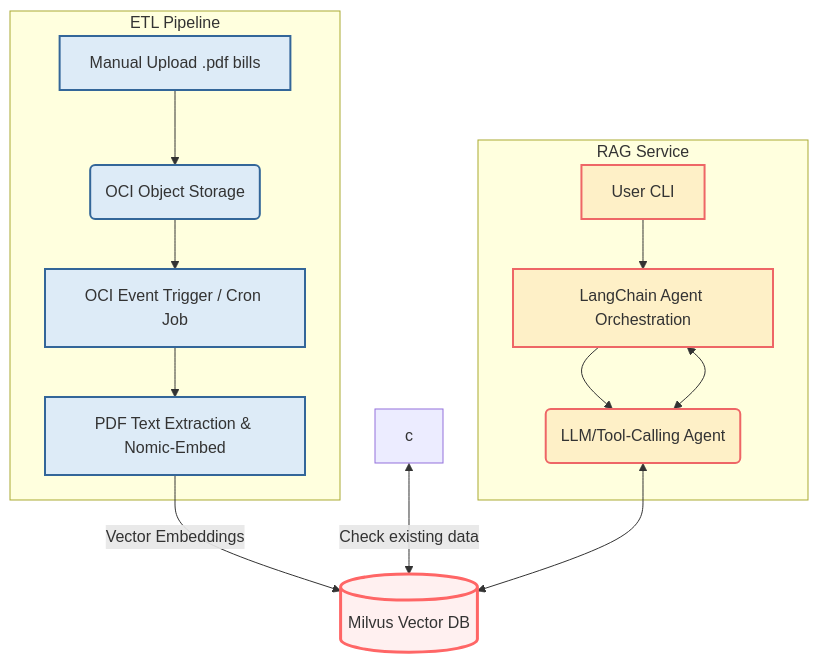
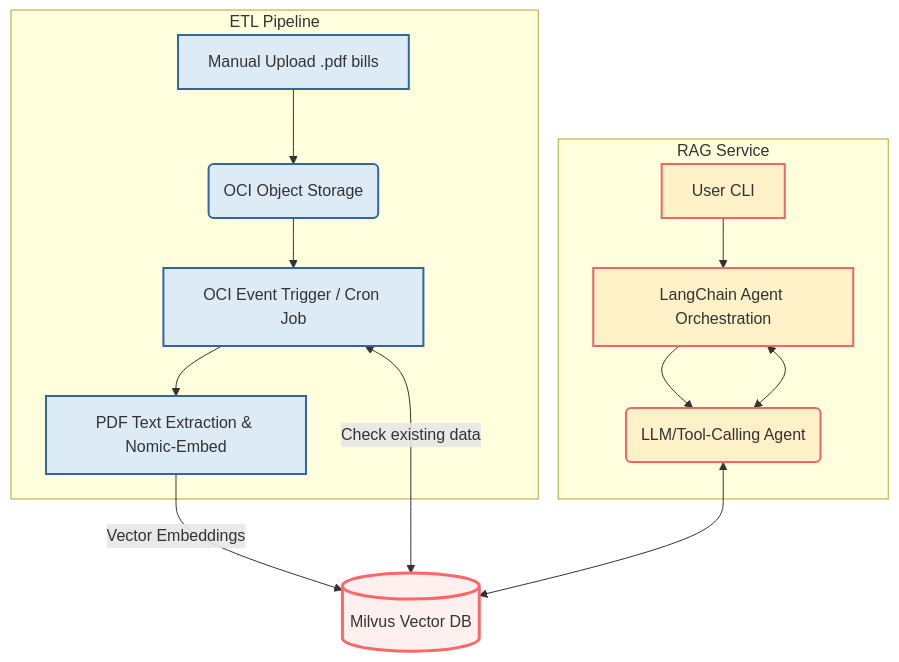
Before and after one commit to Alvan-Dmello/Intelligent-Utility-Bill-RAG: the diagram in README.md, drawn with Mermaid.

````diff
--- a/README.md
+++ b/README.md
@@ -29,42 +29,42 @@
 ```mermaid
 
 graph TB;
 
 classDef etl fill:#DDEBF7,stroke:#369,stroke-width:2px;
 classDef rag fill:#FEF0C7,stroke:#E66,stroke-width:2px;
 classDef db fill:#FFF0F0,stroke:#F66,stroke-width:3px;
 classDef interface fill:#E6FFED,stroke:#0A0;
 
 %% Define the external Milvus Vector DB first
 E[(Milvus Vector DB)]:::db;
 
 %% 1. Define ETL Pipeline (to appear on the LEFT)
 subgraph ETL Pipeline
 A[Manual Upload .pdf bills]:::interface
 B(OCI Object Storage)
 C[OCI Event Trigger / Cron Job]
 D[PDF Text Extraction & Nomic-Embed]
 
 A --> B --> C --> D;
 class A,B,C,D etl
 end
 
 %% 2. Define RAG Service (to appear on the RIGHT)
 subgraph RAG Service
 F[User CLI]:::interface
 I[LangChain Agent Orchestration]
 H(LLM/Tool-Calling Agent)
 
 F --> I;
 I --> H;
 H <--> I; 
 class F,I,H rag
 end
 
 
 D -- Vector Embeddings --> E;
-c<-- Check existing data -->E
+C <-- Check existing data -->E
 
 H <--> E;
 
 ```
````
